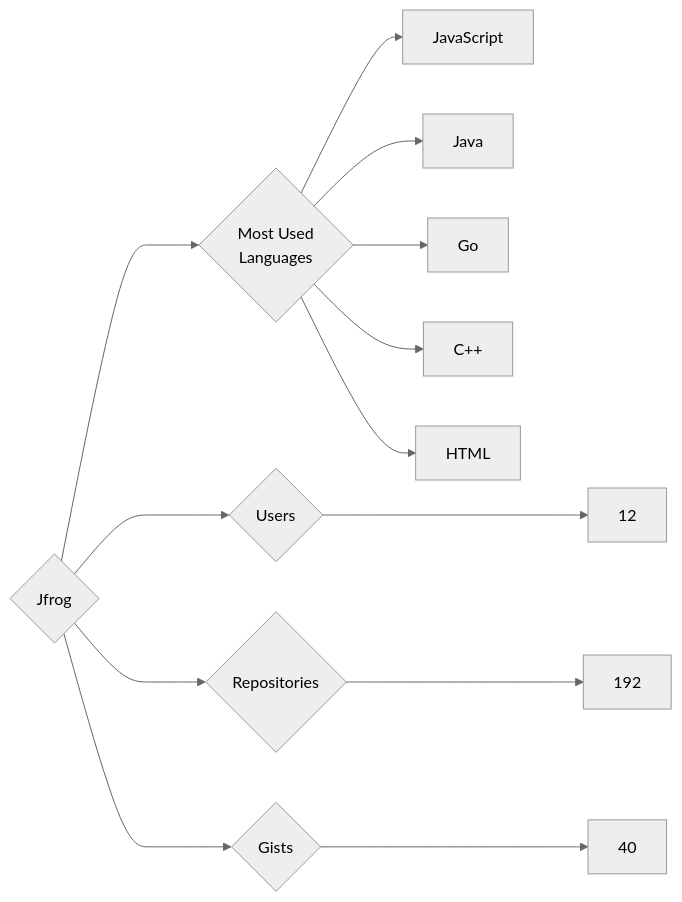
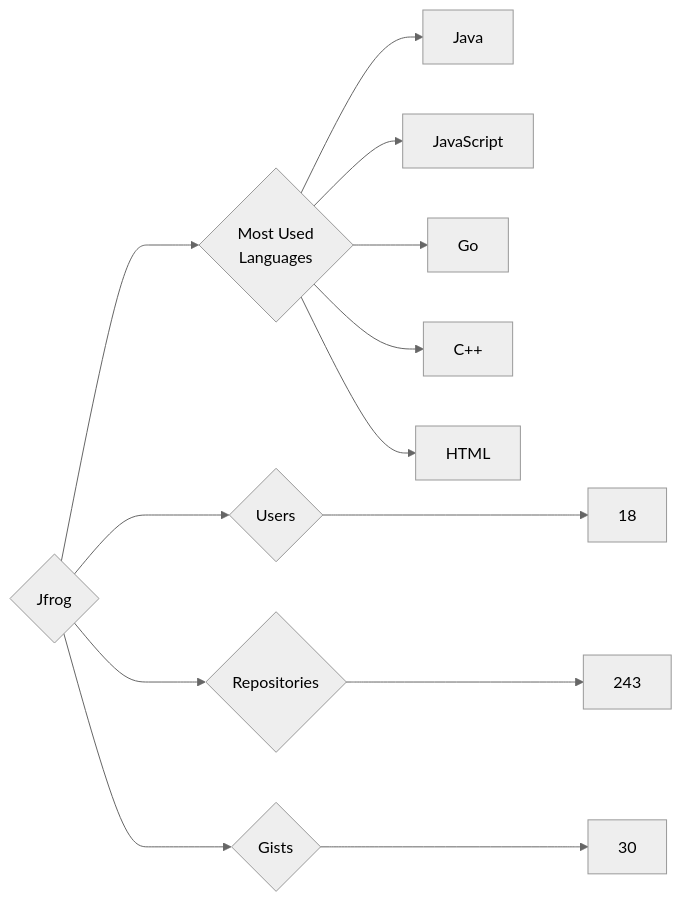
Before and after one commit to trickest/insiders: the diagram in targets/Jfrog/README.md, drawn with Mermaid (neutral theme). The commit also changed 693 other files, not shown here.

````diff
--- a/targets/Jfrog/README.md
+++ b/targets/Jfrog/README.md
@@ -3,13 +3,13 @@
 ```mermaid
 graph LR
 COMPANY_NAME{Jfrog}
-COMPANY_NAME ---> U{Users} ---> UN[12]
-COMPANY_NAME ---> R{Repositories} ---> RN[192]
-COMPANY_NAME ---> G{Gists} ---> GN[40]
+COMPANY_NAME ---> U{Users} ---> UN[18]
+COMPANY_NAME ---> R{Repositories} ---> RN[243]
+COMPANY_NAME ---> G{Gists} ---> GN[30]
 COMPANY_NAME ---> ML{Most Used<br>Languages}
+ML --> Java[Java]
 ML --> JavaScript[JavaScript]
-ML --> Java[Java]
 ML --> Go[Go]
 ML --> C++[C++]
 ML --> HTML[HTML]
 ```
````
